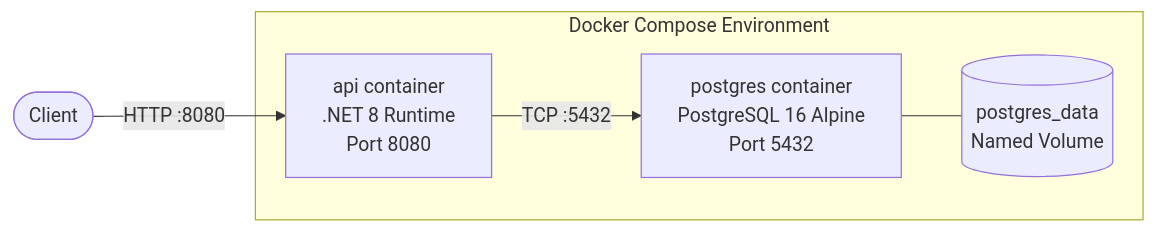
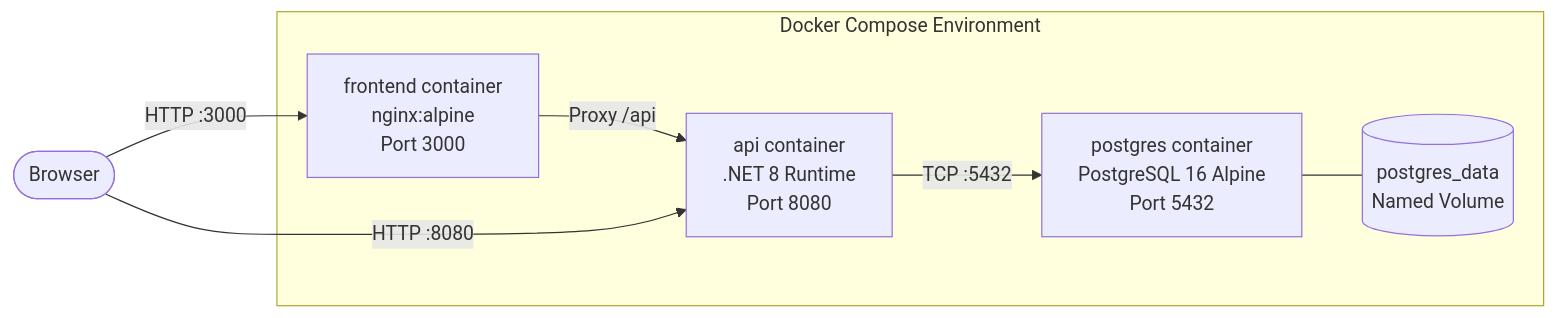
One commit to JurreBrandsenInfoSupport/modern-copilot-.NET-Todo-app changed the diagram in docs/arc42/07-deployment-view.md. Above: the diagram before and after it, drawn with Mermaid. The commit also changed other lines of this file and 5 other files, not shown here.

````diff
--- a/docs/arc42/07-deployment-view.md
+++ b/docs/arc42/07-deployment-view.md
@@ -5,12 +5,15 @@
 ```mermaid
 graph LR
     subgraph "Docker Compose Environment"
+        FE[frontend container<br/>nginx:alpine<br/>Port 3000]
         API[api container<br/>.NET 8 Runtime<br/>Port 8080]
         PG[postgres container<br/>PostgreSQL 16 Alpine<br/>Port 5432]
         VOL[(postgres_data<br/>Named Volume)]
     end
 
-    Client([Client]) -->|HTTP :8080| API
+    Client([Browser]) -->|HTTP :3000| FE
+    FE -->|Proxy /api| API
+    Client -->|HTTP :8080| API
     API -->|TCP :5432| PG
     PG --- VOL
 ```
````
